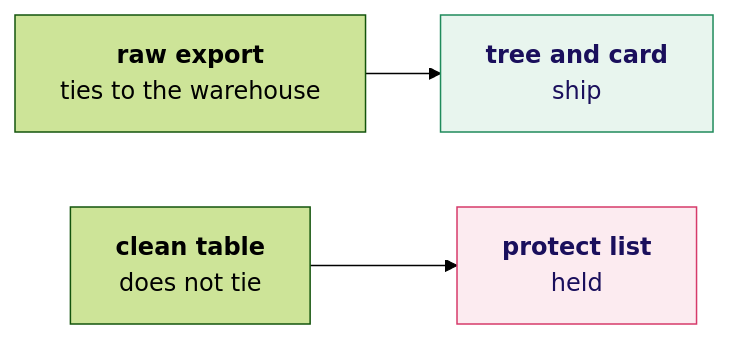
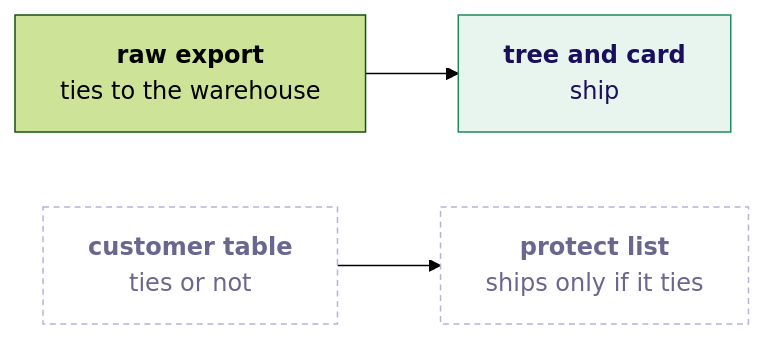
One commit to fde-academy-lab/c2-content-factory changed the seventh of 12 diagrams in content/W02/D5/slides/C2_W02_D05_half2_STUDENT.md. Above: the diagram before and after it, drawn with Mermaid (forest theme). The commit also changed other lines of this file and 5 other files, not shown here.

````diff
--- a/content/W02/D5/slides/C2_W02_D05_half2_STUDENT.md
+++ b/content/W02/D5/slides/C2_W02_D05_half2_STUDENT.md
@@ -130,9 +427,9 @@
 ```mermaid
 flowchart LR
-    R["<b>raw export</b><br/>ties to the warehouse"] --> T["<b>tree and card</b><br/>ship"]
-    C["<b>clean table</b><br/>does not tie"] --> L["<b>protect list</b><br/>held"]
+    E["<b>raw export</b><br/>ties to the warehouse"] --> T["<b>tree and card</b><br/>ship"]
+    C["<b>customer table</b><br/>ties or not"] --> L["<b>protect list</b><br/>ships only if it ties"]
     classDef good fill:#E8F5EE,stroke:#1F8A5B,color:#1A0F5C
-    classDef bad fill:#FCEBF0,stroke:#D63A6A,color:#1A0F5C
+    classDef unknown fill:#FFFFFF,stroke:#B8B2D6,color:#6B6690,stroke-dasharray:4 3
     class T good
-    class L bad
+    class C,L unknown
 ```
````
